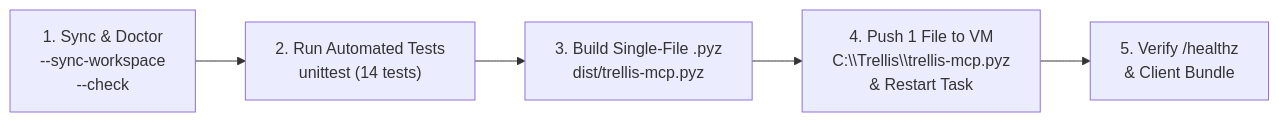
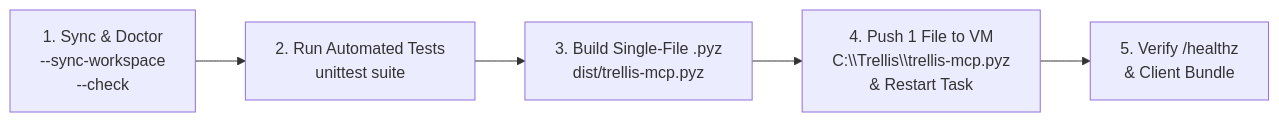
The diagram in docs/deployment-guide.md (h-t-a/trellis), drawn with Mermaid before and after one commit. The commit also changed other lines of this file and 24 other files, not shown here.

````diff
--- a/docs/deployment-guide.md
+++ b/docs/deployment-guide.md
@@ -65,7 +65,7 @@
 ```mermaid
 flowchart LR
-    S1["1. Sync & Doctor\n--sync-workspace\n--check"] --> S2["2. Run Automated Tests\nunittest (14 tests)"]
+    S1["1. Sync & Doctor\n--sync-workspace\n--check"] --> S2["2. Run Automated Tests\nunittest suite"]
     S2 --> S3["3. Build Single-File .pyz\ndist/trellis-mcp.pyz"]
     S3 --> S4["4. Push 1 File to VM\nC:\\Trellis\\trellis-mcp.pyz\n& Restart Task"]
     S4 --> S5["5. Verify /healthz\n& Client Bundle"]
 ```
````
